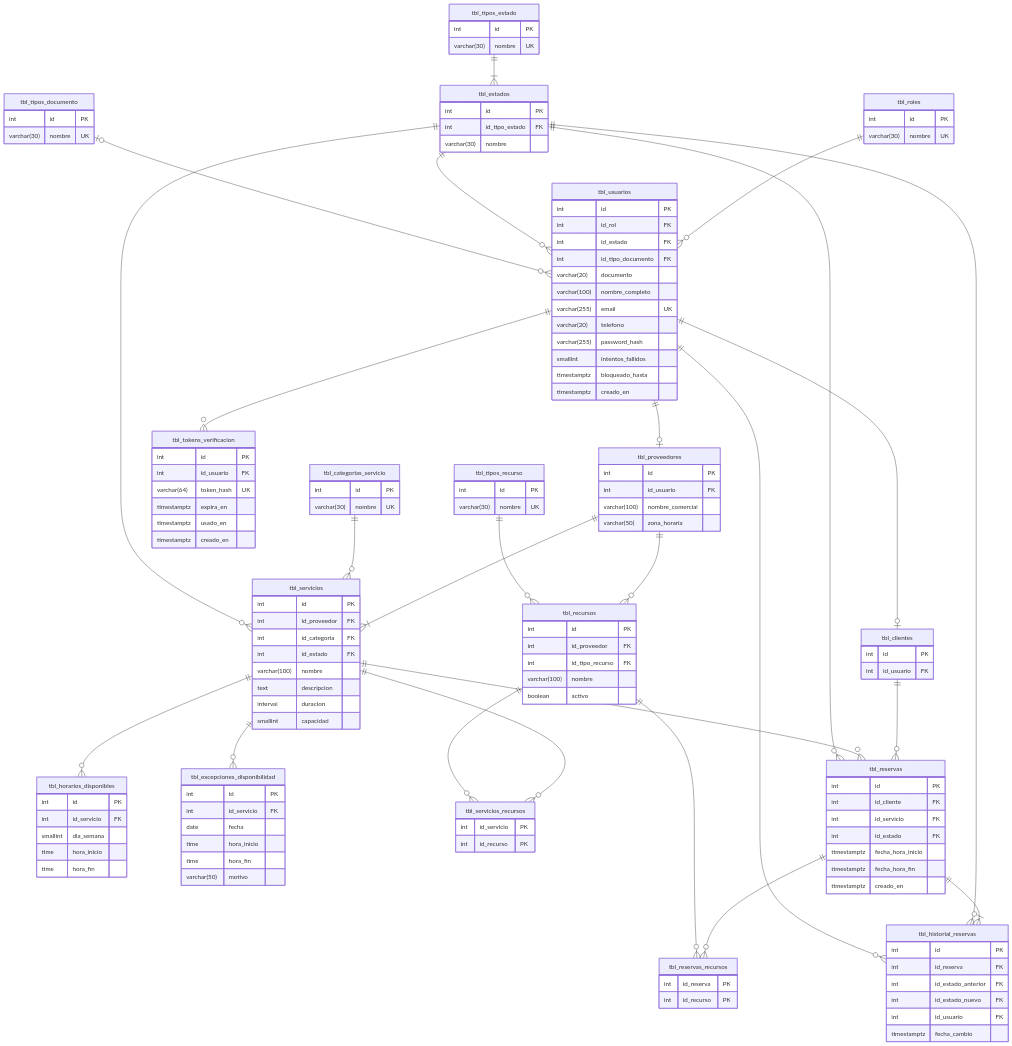
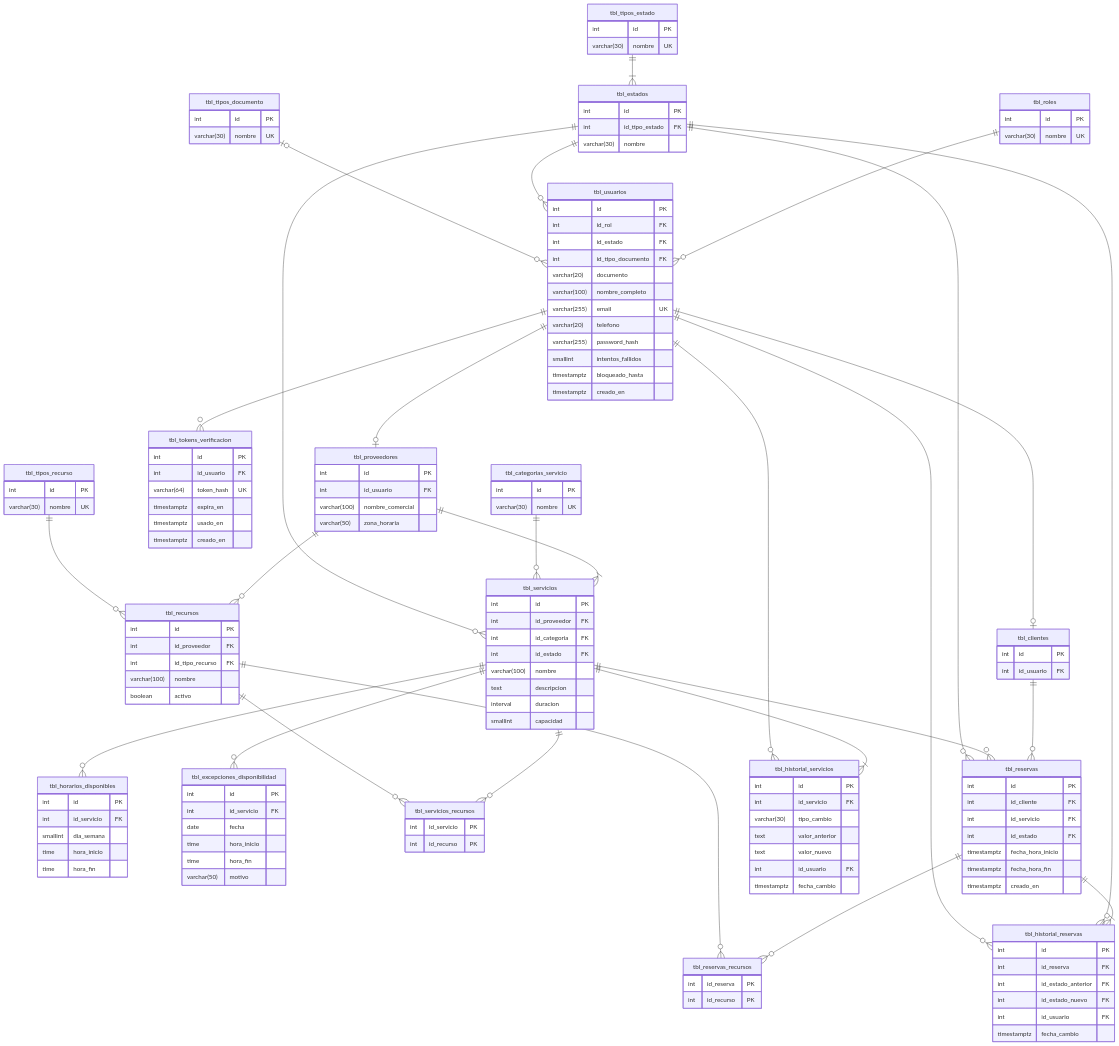
The diagram in docs/modelo-datos-y-paquetes.md (Satshman/ReservasServicios), drawn with Mermaid before and after one commit. The commit also changed other lines of this file and 52 other files, not shown here.

````diff
--- a/docs/modelo-datos-y-paquetes.md
+++ b/docs/modelo-datos-y-paquetes.md
@@ -51,6 +51,8 @@
     tbl_reservas ||--|{ tbl_historial_reservas : ""
     tbl_estados ||--o{ tbl_historial_reservas : ""
     tbl_usuarios ||--o{ tbl_historial_reservas : ""
+    tbl_servicios ||--|{ tbl_historial_servicios : ""
+    tbl_usuarios ||--o{ tbl_historial_servicios : ""
 
     tbl_roles {
         int id PK
@@ -166,4 +168,13 @@
         int id_usuario FK
         timestamptz fecha_cambio
     }
+    tbl_historial_servicios {
+        int id PK
+        int id_servicio FK
+        varchar(30) tipo_cambio
+        text valor_anterior
+        text valor_nuevo
+        int id_usuario FK
+        timestamptz fecha_cambio
+    }
 ```
````
